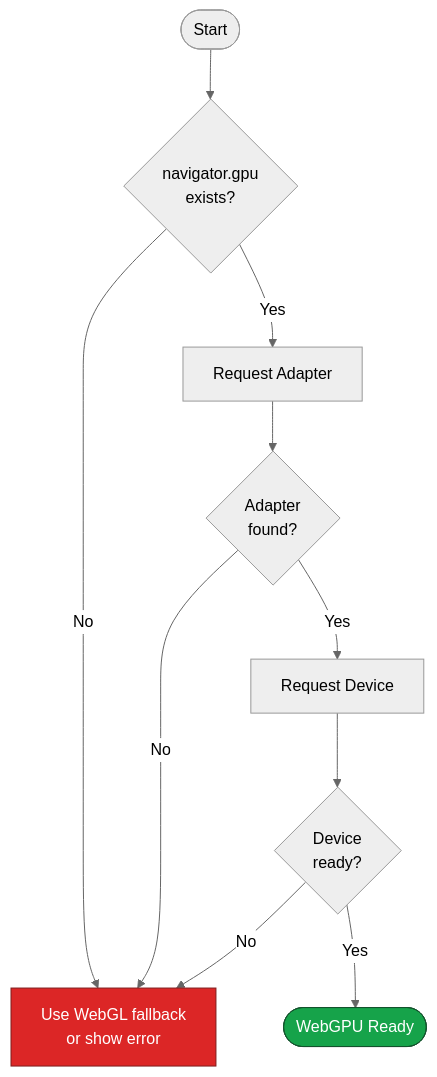
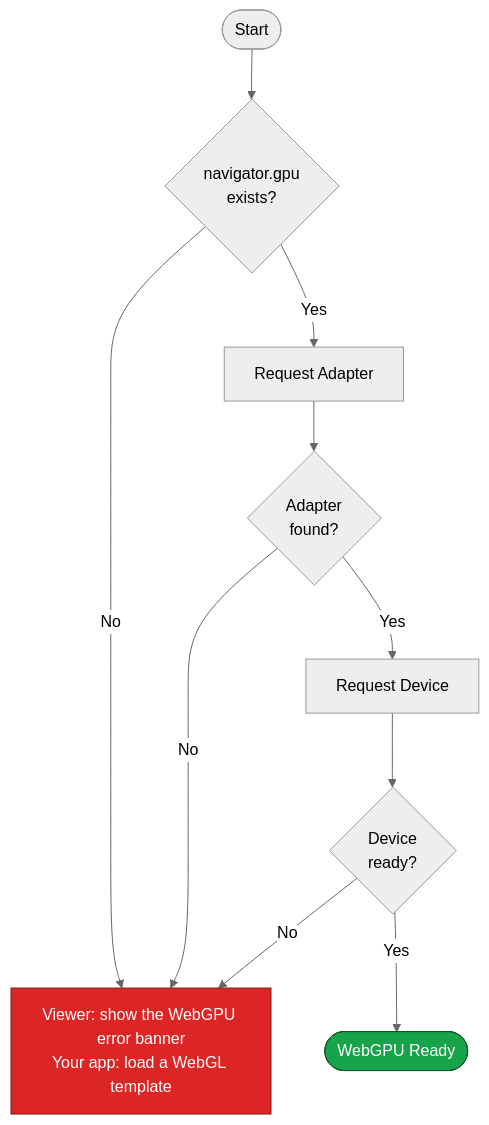
One commit to LTplus-AG/ifc-lite changed the first of 2 diagrams in docs/guide/browser-requirements.md. Above: the diagram before and after it, drawn with Mermaid (neutral theme). The commit also changed other lines of this file and 99 other files, not shown here.

````diff
--- a/docs/guide/browser-requirements.md
+++ b/docs/guide/browser-requirements.md
@@ -61,15 +61,15 @@
 ```mermaid
 flowchart TD
     Start([Start]) --> CheckAPI{navigator.gpu<br/>exists?}
-    CheckAPI -->|No| Fallback[Use WebGL fallback<br/>or show error]
+    CheckAPI -->|No| Fallback[Viewer: show the WebGPU error banner<br/>Your app: load a WebGL template]
     CheckAPI -->|Yes| RequestAdapter[Request Adapter]
     RequestAdapter --> AdapterFound{Adapter<br/>found?}
     AdapterFound -->|No| Fallback
     AdapterFound -->|Yes| RequestDevice[Request Device]
     RequestDevice --> DeviceReady{Device<br/>ready?}
     DeviceReady -->|No| Fallback
     DeviceReady -->|Yes| Ready([WebGPU Ready])
 
     style Ready fill:#16a34a,stroke:#14532d,color:#fff
     style Fallback fill:#dc2626,stroke:#7f1d1d,color:#fff
 ```
````
